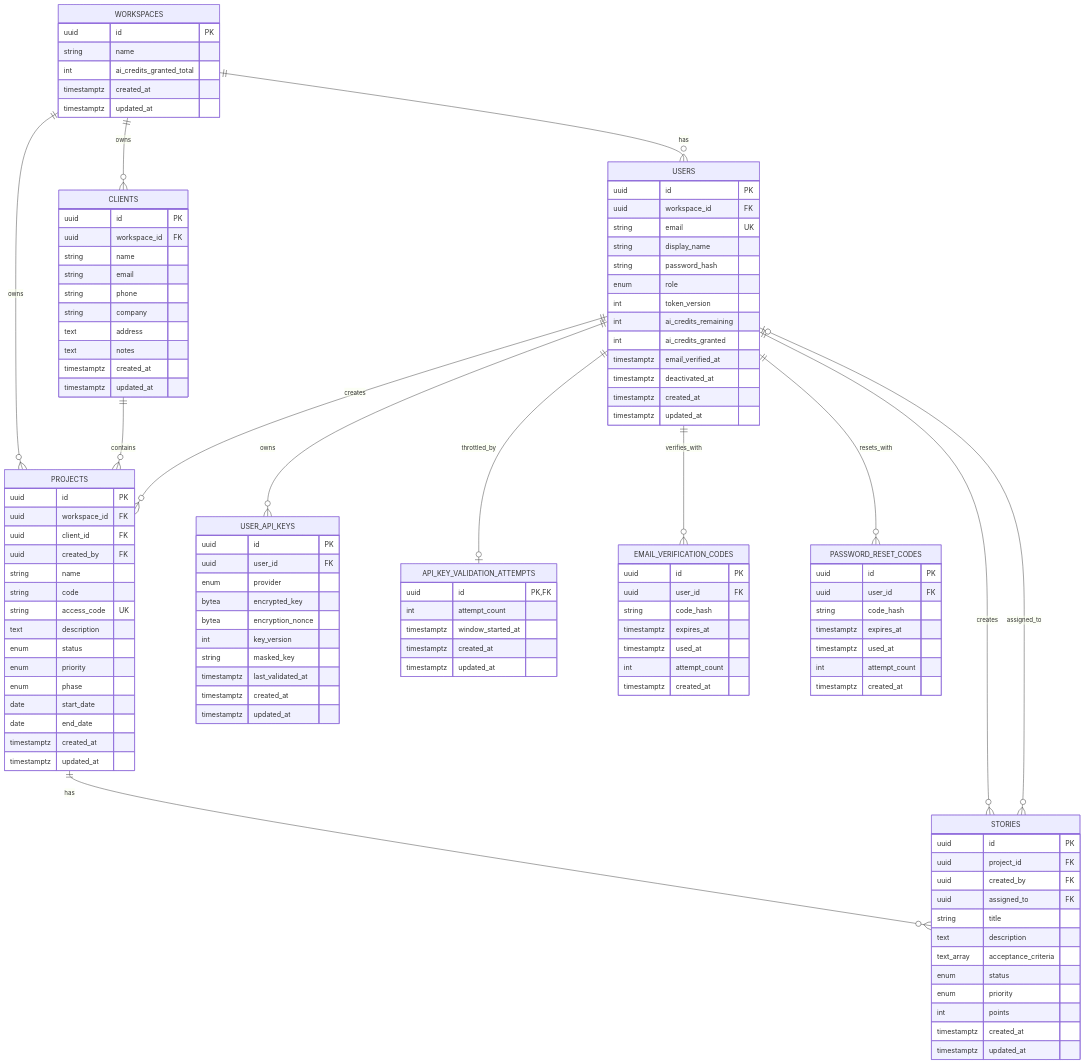
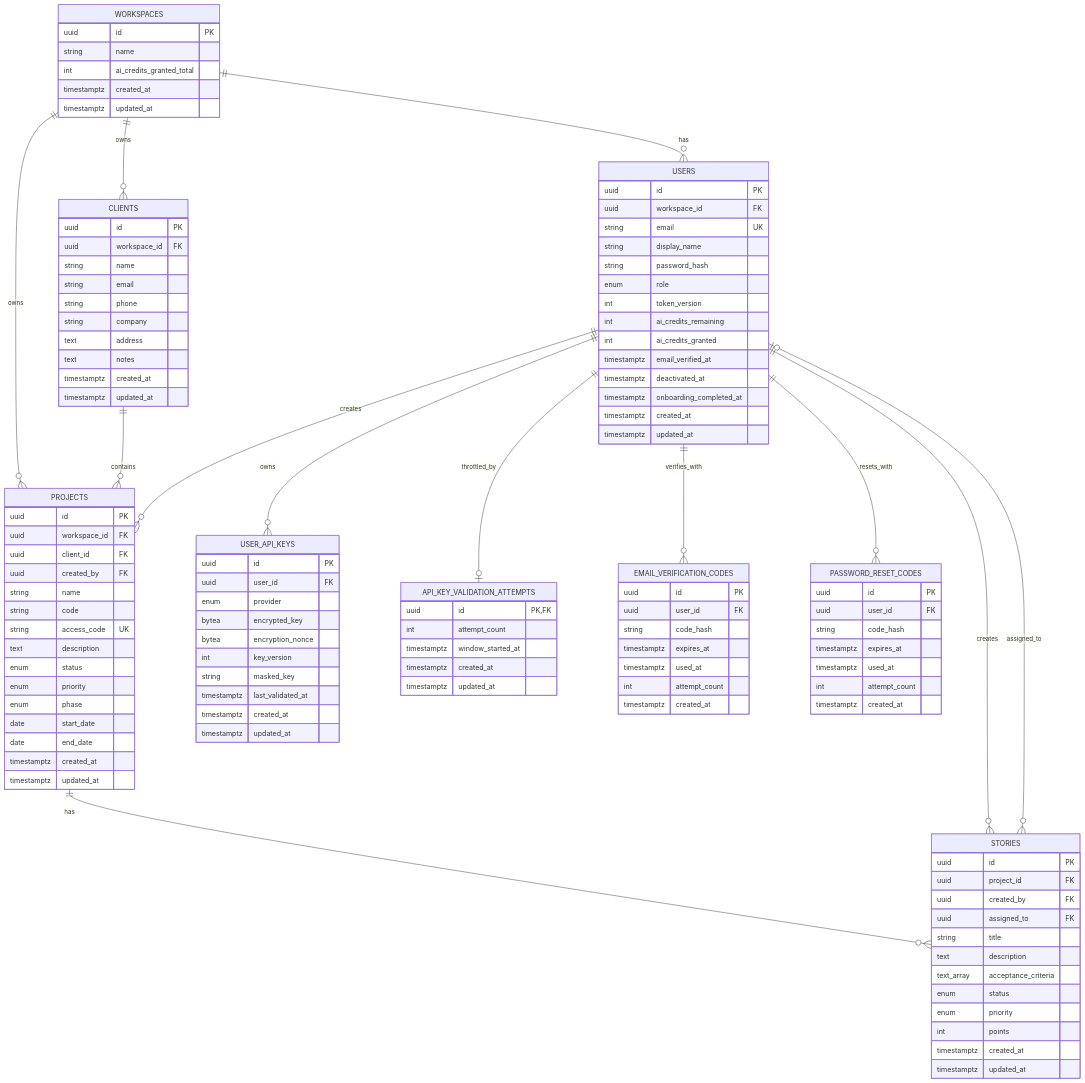
Before and after one commit to alonsovndev/open-projects-hub-docs: the diagram in docs/03-architecture/database/database-design.md, drawn with Mermaid. The commit also changed other lines of this file and 1 other file, not shown here.

Commit message:
docs(epic-8): align onboarding stories and database design with implementation
Describe the minimal welcome in US-EP8-FE-001, record the single-flag
replacement for the deferred progress tracker, mark merged work as merged,
and document users.onboarding_completed_at.

```diff
--- a/docs/03-architecture/database/database-design.md
+++ b/docs/03-architecture/database/database-design.md
@@ -118,6 +118,7 @@
         int ai_credits_granted
         timestamptz email_verified_at
         timestamptz deactivated_at
+        timestamptz onboarding_completed_at
         timestamptz created_at
         timestamptz updated_at
     }
```
